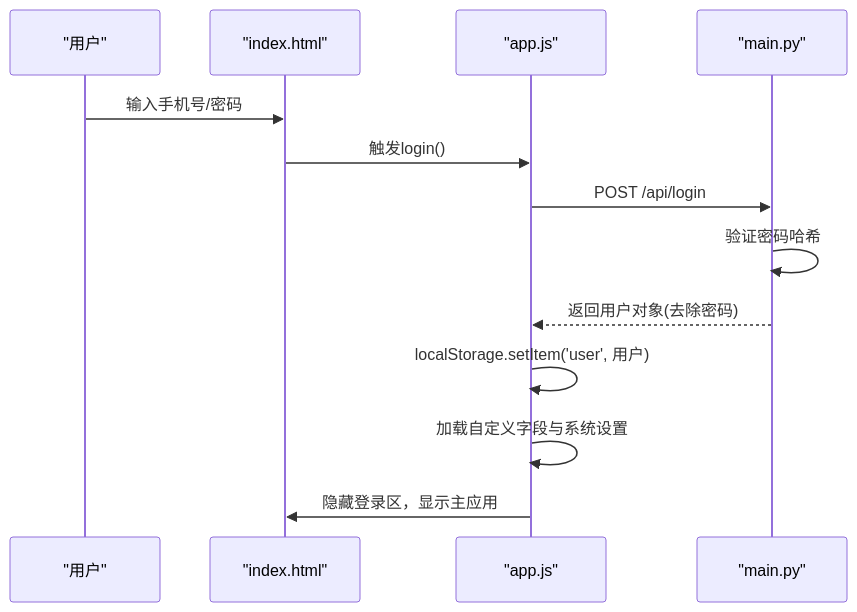
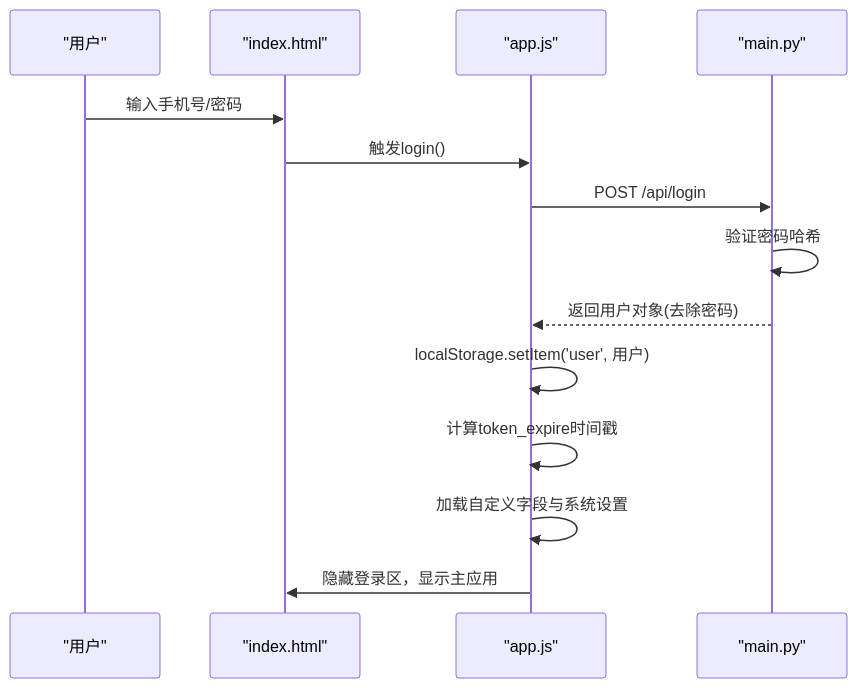
The third of 16 diagrams in .qoder/repowiki/zh/content/Web界面/JavaScript交互逻辑/JavaScript交互逻辑.md (qq20739111/weilushishe-lishitai), drawn with Mermaid before and after one commit. The commit also changed other lines of this file and 23 other files, not shown here.

````diff
--- a/.qoder/repowiki/zh/content/Web界面/JavaScript交互逻辑/JavaScript交互逻辑.md
+++ b/.qoder/repowiki/zh/content/Web界面/JavaScript交互逻辑/JavaScript交互逻辑.md
@@ -136,15 +157,16 @@
 ```mermaid
 sequenceDiagram
 participant U as "用户"
 participant V as "index.html"
 participant J as "app.js"
 participant A as "main.py"
 U->>V : 输入手机号/密码
 V->>J : 触发login()
 J->>A : POST /api/login
 A->>A : 验证密码哈希
 A-->>J : 返回用户对象(去除密码)
 J->>J : localStorage.setItem('user', 用户)
+J->>J : 计算token_expire时间戳
 J->>J : 加载自定义字段与系统设置
 J->>V : 隐藏登录区，显示主应用
 ```
````
